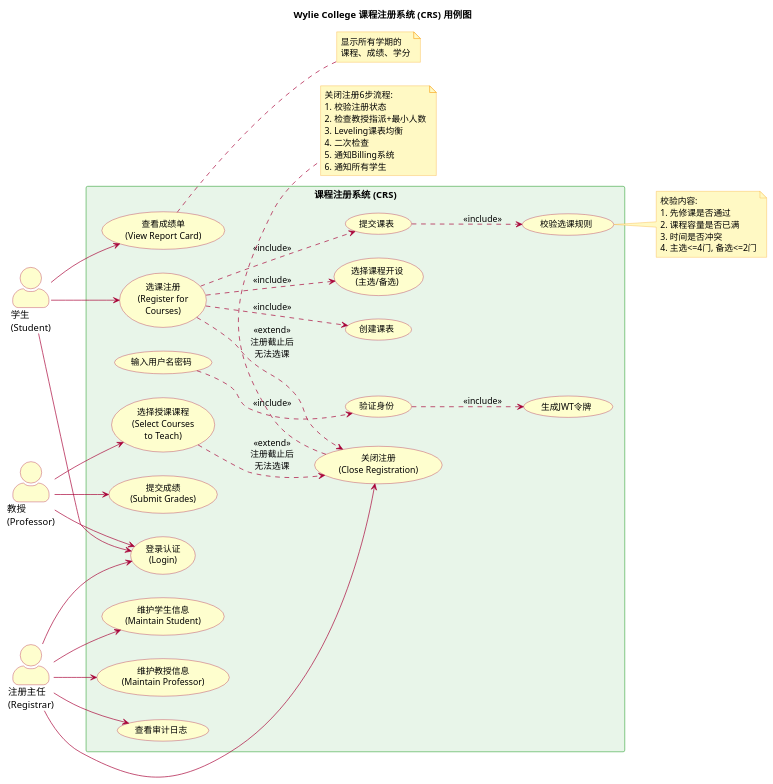
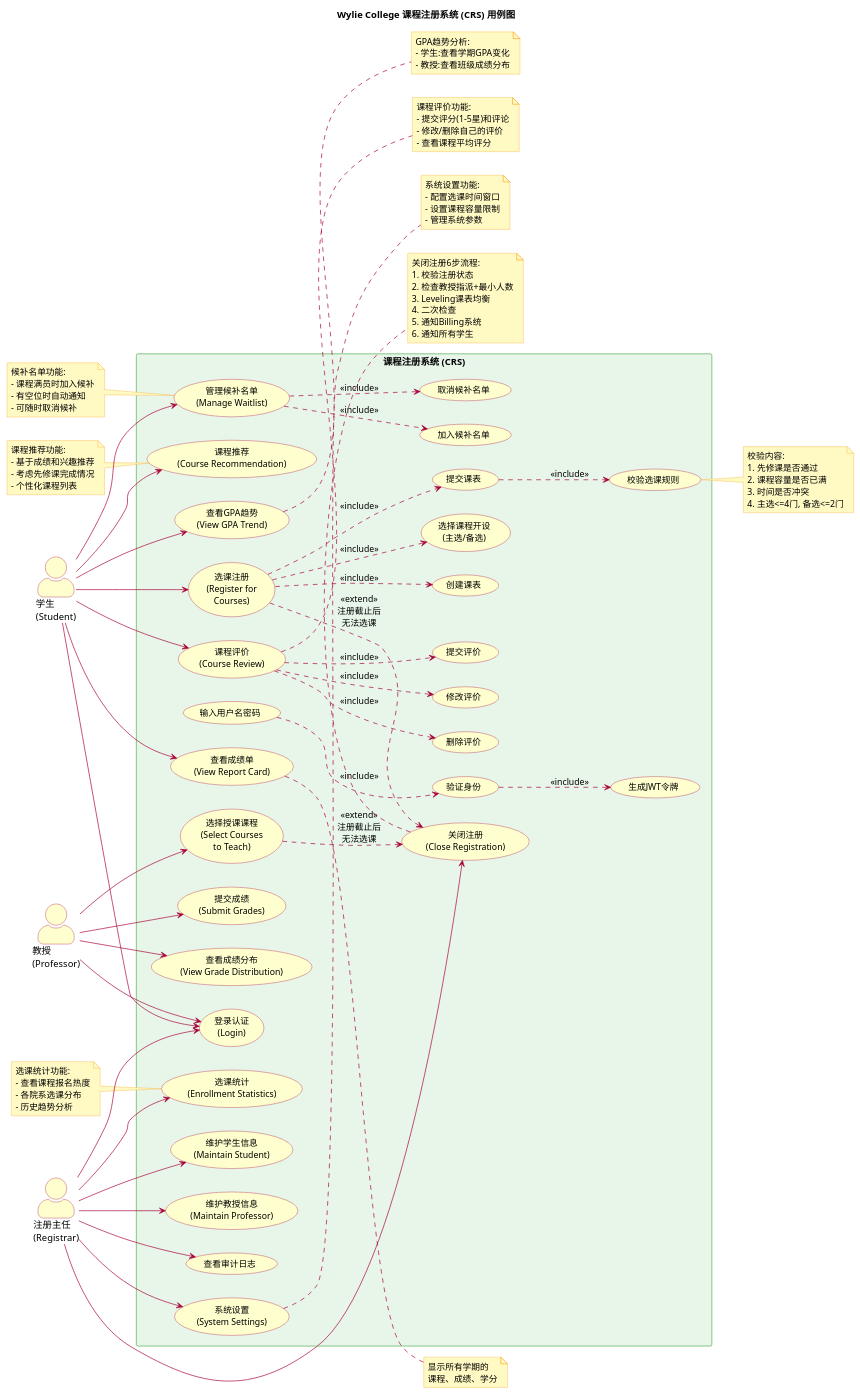
One commit to panhao00/cs changed the diagram in docs/diagrams/use-case-diagram.puml. Above: the diagram before and after it, drawn with PlantUML. The commit also changed 313 other files, not shown here.

```diff
--- a/docs/diagrams/use-case-diagram.puml
+++ b/docs/diagrams/use-case-diagram.puml
@@ -1,117 +1,185 @@
 @startuml Wylie College 课程注册系统 - 用例图
 ' ========================================
 ' Wylie College 课程注册系统 (CRS)
 ' 用例图 - Use Case Diagram
 ' ========================================
 
 left to right direction
 skinparam packageStyle rectangle
 skinparam actorStyle awesome
 skinparam usecase {
   BackgroundColor #FEFECE
   BorderColor #A80036
   ArrowColor #A80036
   FontSize 13
 }
 skinparam actor {
   BackgroundColor #FEFECE
   BorderColor #A80036
   FontSize 14
 }
 skinparam rectangle {
   BackgroundColor #E8F5E9
   BorderColor #4CAF50
 }
 skinparam note {
   BackgroundColor #FFF9C4
   BorderColor #F9A825
 }
 
 title Wylie College 课程注册系统 (CRS) 用例图
 
 rectangle "课程注册系统 (CRS)" as CRS {
 
   ' ========== 认证 ==========
   usecase "登录认证\n(Login)" as UC_Login
   usecase "输入用户名密码" as UC_InputCred
   usecase "验证身份" as UC_Verify
   usecase "生成JWT令牌" as UC_JWT
 
   UC_InputCred ..> UC_Verify : <<include>>
   UC_Verify ..> UC_JWT : <<include>>
 
   ' ========== 学生用例 ==========
   usecase "选课注册\n(Register for\nCourses)" as UC_Register
   usecase "创建课表" as UC_CreateSchedule
   usecase "选择课程开设\n(主选/备选)" as UC_SelectOffering
   usecase "提交课表" as UC_SubmitSchedule
   usecase "校验选课规则" as UC_ValidateRules
   usecase "查看成绩单\n(View Report Card)" as UC_ReportCard
 
   UC_Register ..> UC_CreateSchedule : <<include>>
   UC_Register ..> UC_SelectOffering : <<include>>
   UC_Register ..> UC_SubmitSchedule : <<include>>
   UC_SubmitSchedule ..> UC_ValidateRules : <<include>>
 
+  ' ========== 学生扩展用例 ==========
+  usecase "管理候补名单\n(Manage Waitlist)" as UC_Waitlist
+  usecase "加入候补名单" as UC_JoinWaitlist
+  usecase "取消候补名单" as UC_CancelWaitlist
+  usecase "课程评价\n(Course Review)" as UC_CourseReview
+  usecase "提交评价" as UC_SubmitReview
+  usecase "修改评价" as UC_EditReview
+  usecase "删除评价" as UC_DeleteReview
+  usecase "课程推荐\n(Course Recommendation)" as UC_Recommendation
+  usecase "查看GPA趋势\n(View GPA Trend)" as UC_GPATrend
+
+  UC_Waitlist ..> UC_JoinWaitlist : <<include>>
+  UC_Waitlist ..> UC_CancelWaitlist : <<include>>
+  UC_CourseReview ..> UC_SubmitReview : <<include>>
+  UC_CourseReview ..> UC_EditReview : <<include>>
+  UC_CourseReview ..> UC_DeleteReview : <<include>>
+
   ' ========== 教授用例 ==========
   usecase "选择授课课程\n(Select Courses\nto Teach)" as UC_Teach
   usecase "提交成绩\n(Submit Grades)" as UC_Grades
+  usecase "查看成绩分布\n(View Grade Distribution)" as UC_GradeDistribution
 
   ' ========== 注册主任用例 ==========
   usecase "维护学生信息\n(Maintain Student)" as UC_MaintainStudent
   usecase "维护教授信息\n(Maintain Professor)" as UC_MaintainProf
   usecase "关闭注册\n(Close Registration)" as UC_CloseReg
   usecase "查看审计日志" as UC_AuditLog
+  usecase "系统设置\n(System Settings)" as UC_SystemSettings
+  usecase "选课统计\n(Enrollment Statistics)" as UC_EnrollmentStats
 }
 
 ' ========== 参与者 ==========
 actor "学生\n(Student)" as Student
 actor "教授\n(Professor)" as Professor
 actor "注册主任\n(Registrar)" as Registrar
 
 ' ========== 学生关系 ==========
 Student --> UC_Login
 Student --> UC_Register
 Student --> UC_ReportCard
+Student --> UC_Waitlist
+Student --> UC_CourseReview
+Student --> UC_Recommendation
+Student --> UC_GPATrend
 
 ' ========== 教授关系 ==========
 Professor --> UC_Login
 Professor --> UC_Teach
 Professor --> UC_Grades
+Professor --> UC_GradeDistribution
 
 ' ========== 注册主任关系 ==========
 Registrar --> UC_Login
 Registrar --> UC_MaintainStudent
 Registrar --> UC_MaintainProf
 Registrar --> UC_CloseReg
 Registrar --> UC_AuditLog
+Registrar --> UC_SystemSettings
+Registrar --> UC_EnrollmentStats
 
 ' ========== 扩展关系 ==========
 UC_Register ..> UC_CloseReg : <<extend>>\n注册截止后\n无法选课
 UC_Teach ..> UC_CloseReg : <<extend>>\n注册截止后\n无法选课
 
 ' ========== 注释 ==========
 note right of UC_ValidateRules
   校验内容:
   1. 先修课是否通过
   2. 课程容量是否已满
   3. 时间是否冲突
   4. 主选<=4门, 备选<=2门
 end note
 
 note bottom of UC_CloseReg
   关闭注册6步流程:
   1. 校验注册状态
   2. 检查教授指派+最小人数
   3. Leveling课表均衡
   4. 二次检查
   5. 通知Billing系统
   6. 通知所有学生
 end note
 
 note right of UC_ReportCard
   显示所有学期的
   课程、成绩、学分
 end note
 
+note left of UC_Waitlist
+  候补名单功能:
+  - 课程满员时加入候补
+  - 有空位时自动通知
+  - 可随时取消候补
+end note
+
+note right of UC_CourseReview
+  课程评价功能:
+  - 提交评分(1-5星)和评论
+  - 修改/删除自己的评价
+  - 查看课程平均评分
+end note
+
+note left of UC_Recommendation
+  课程推荐功能:
+  - 基于成绩和兴趣推荐
+  - 考虑先修课完成情况
+  - 个性化课程列表
+end note
+
+note right of UC_SystemSettings
+  系统设置功能:
+  - 配置选课时间窗口
+  - 设置课程容量限制
+  - 管理系统参数
+end note
+
+note left of UC_EnrollmentStats
+  选课统计功能:
+  - 查看课程报名热度
+  - 各院系选课分布
+  - 历史趋势分析
+end note
+
+note right of UC_GPATrend
+  GPA趋势分析:
+  - 学生:查看学期GPA变化
+  - 教授:查看班级成绩分布
+end note
+
 @enduml
```
